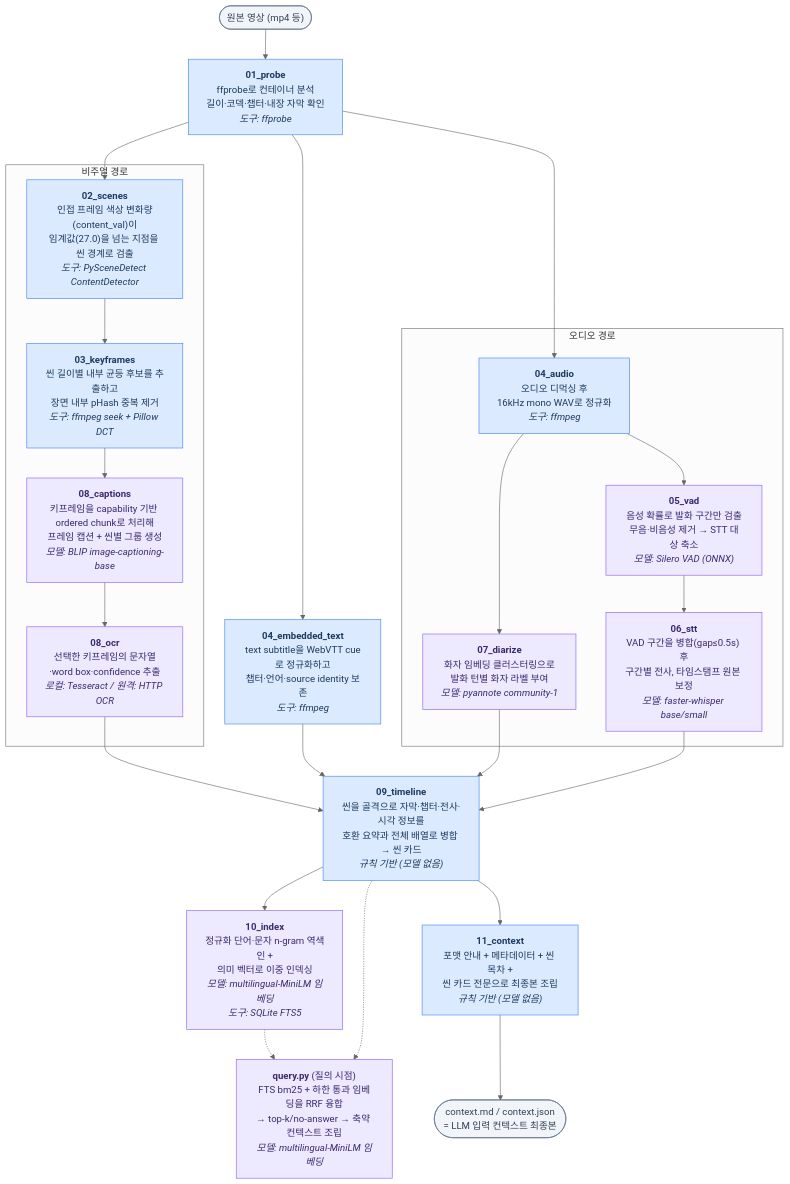
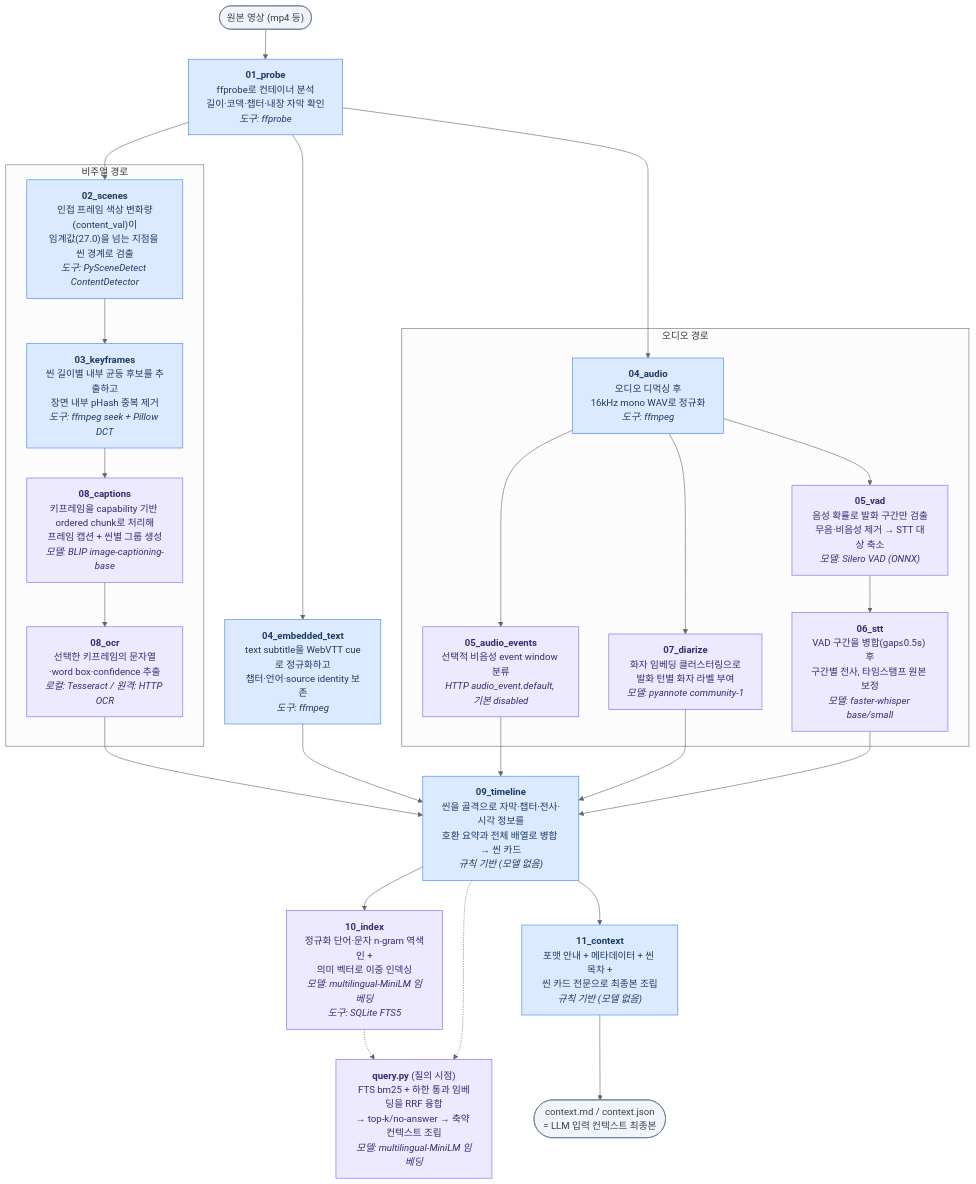
One commit to haesookimDev/video-preprocess changed the diagram in docs/05-pipeline.md. Above: the diagram before and after it, drawn with Mermaid (neutral theme). The commit also changed other lines of this file and 36 other files, not shown here.

First line of the commit message:
feat: add optional audio event pipeline stage

````diff
--- a/docs/05-pipeline.md
+++ b/docs/05-pipeline.md
@@ -6,56 +6,59 @@
 ```mermaid
 flowchart TD
     V(["원본 영상 (mp4 등)"]) --> S01
 
     S01["<b>01_probe</b><br/>ffprobe로 컨테이너 분석<br/>길이·코덱·챕터·내장 자막 확인<br/><i>도구: ffprobe</i>"]
 
     S01 --> S02
     S01 --> S04
     S01 --> S04T
 
     subgraph VIDEO ["비주얼 경로"]
         S02["<b>02_scenes</b><br/>인접 프레임 색상 변화량(content_val)이<br/>임계값(27.0)을 넘는 지점을 씬 경계로 검출<br/><i>도구: PySceneDetect ContentDetector</i>"]
         S03["<b>03_keyframes</b><br/>씬 길이별 내부 균등 후보를 추출하고<br/>장면 내부 pHash 중복 제거<br/><i>도구: ffmpeg seek + Pillow DCT</i>"]
         S08["<b>08_captions</b><br/>키프레임을 capability 기반 ordered chunk로 처리해<br/>프레임 캡션 + 씬별 그룹 생성<br/><i>모델: BLIP image-captioning-base</i>"]
         S08O["<b>08_ocr</b><br/>선택한 키프레임의 문자열·word box·confidence 추출<br/><i>로컬: Tesseract / 원격: HTTP OCR</i>"]
         S02 --> S03 --> S08 --> S08O
     end
 
     S04T["<b>04_embedded_text</b><br/>text subtitle을 WebVTT cue로 정규화하고<br/>챕터·언어·source identity 보존<br/><i>도구: ffmpeg</i>"]
 
     subgraph AUDIO ["오디오 경로"]
         S04["<b>04_audio</b><br/>오디오 디먹싱 후<br/>16kHz mono WAV로 정규화<br/><i>도구: ffmpeg</i>"]
         S05["<b>05_vad</b><br/>음성 확률로 발화 구간만 검출<br/>무음·비음성 제거 → STT 대상 축소<br/><i>모델: Silero VAD (ONNX)</i>"]
         S06["<b>06_stt</b><br/>VAD 구간을 병합(gap≤0.5s) 후<br/>구간별 전사, 타임스탬프 원본 보정<br/><i>모델: faster-whisper base/small</i>"]
         S07["<b>07_diarize</b><br/>화자 임베딩 클러스터링으로<br/>발화 턴별 화자 라벨 부여<br/><i>모델: pyannote community-1</i>"]
+        S05E["<b>05_audio_events</b><br/>선택적 비음성 event window 분류<br/><i>HTTP audio_event.default, 기본 disabled</i>"]
         S04 --> S05 --> S06
+        S04 --> S05E
         S04 --> S07
     end
 
     S08O --> S09
     S04T --> S09
+    S05E --> S09
     S07 --> S09
     S06 --> S09
 
     S09["<b>09_timeline</b><br/>씬을 골격으로 자막·챕터·전사·시각 정보를<br/>호환 요약과 전체 배열로 병합 → 씬 카드<br/><i>규칙 기반 (모델 없음)</i>"]
 
     S09 --> S10
     S09 --> S11
 
     S10["<b>10_index</b><br/>정규화 단어·문자 n-gram 역색인 +<br/>의미 벡터로 이중 인덱싱<br/><i>모델: multilingual-MiniLM 임베딩<br/>도구: SQLite FTS5</i>"]
 
     S11["<b>11_context</b><br/>포맷 안내 + 메타데이터 + 씬 목차 +<br/>씬 카드 전문으로 최종본 조립<br/><i>규칙 기반 (모델 없음)</i>"]
 
     S11 --> OUT(["context.md / context.json<br/>= LLM 입력 컨텍스트 최종본"])
 
     S10 -.-> Q
     S09 -.-> Q
     Q["<b>query.py</b> (질의 시점)<br/>FTS bm25 + 하한 통과 임베딩을 RRF 융합<br/>→ top-k/no-answer → 축약 컨텍스트 조립<br/><i>모델: multilingual-MiniLM 임베딩</i>"]
 
     classDef rule fill:#dbeafe,stroke:#3b82f6,color:#1e3a5f
     classDef ml fill:#ede9fe,stroke:#8b5cf6,color:#3b2a6e
     classDef io fill:#f1f5f9,stroke:#64748b,color:#334155
     class S01,S02,S03,S04,S04T,S09,S11 rule
-    class S05,S06,S07,S08,S08O,S10,Q ml
+    class S05,S05E,S06,S07,S08,S08O,S10,Q ml
     class V,OUT io
 ```
````
